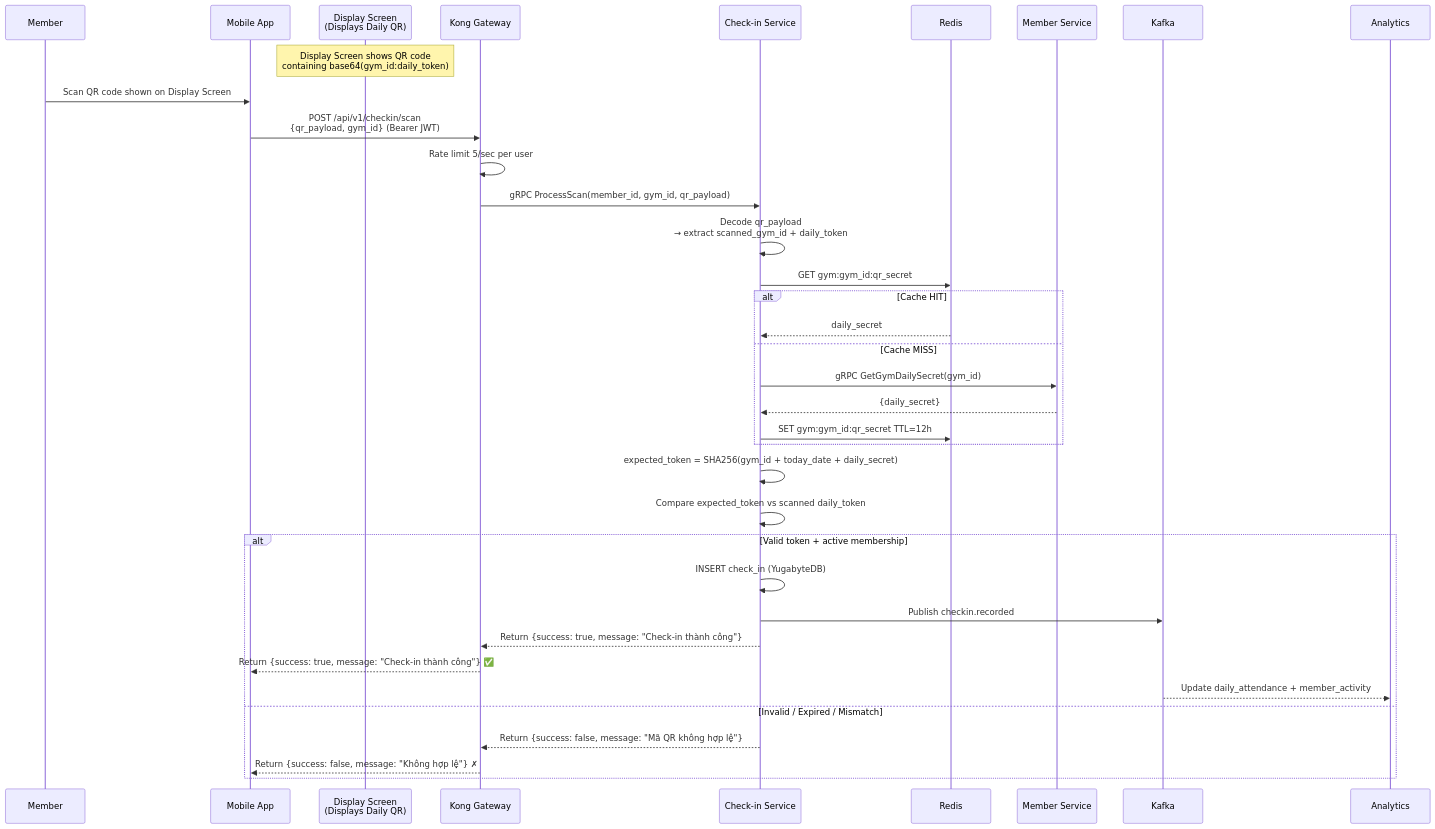
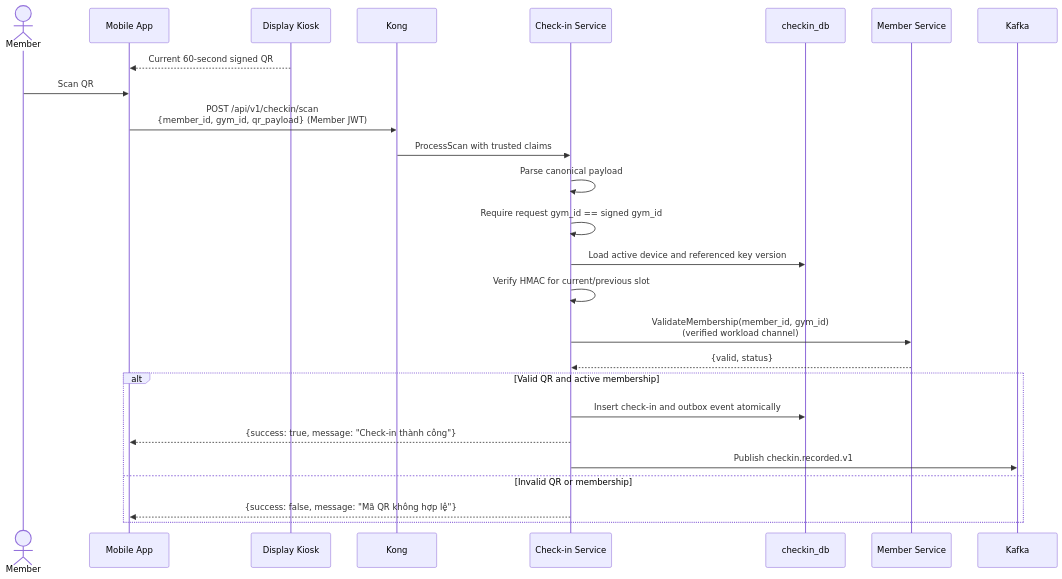
Before and after one commit to pploc/gym-architect: the third of 3 diagrams in services/06-ms-gym-checkin.md, drawn with Mermaid. The commit also changed other lines of this file and 45 other files, not shown here.

````diff
--- a/services/06-ms-gym-checkin.md
+++ b/services/06-ms-gym-checkin.md
@@ -36,44 +131,30 @@
 ```mermaid
 sequenceDiagram
-    participant M as Member
+    actor M as Member
     participant APP as Mobile App
-    participant S as Display Screen<br/>(Displays Daily QR)
-    participant K as Kong Gateway
+    participant D as Display Kiosk
+    participant K as Kong
     participant CS as Check-in Service
-    participant R as Redis
+    participant DB as checkin_db
     participant MS as Member Service
     participant KF as Kafka
-    participant AS as Analytics
 
-    Note over S: Display Screen shows QR code<br/>containing base64(gym_id:daily_token)
-    M->>APP: Scan QR code shown on Display Screen
-    
-    APP->>K: POST /api/v1/checkin/scan<br/>{qr_payload, gym_id} (Bearer JWT)
-    K->>K: Rate limit 5/sec per user
-    K->>CS: gRPC ProcessScan(member_id, gym_id, qr_payload)
+    D-->>APP: Current 60-second signed QR
+    M->>APP: Scan QR
+    APP->>K: POST /api/v1/checkin/scan<br/>{member_id, gym_id, qr_payload} (Member JWT)
+    K->>CS: ProcessScan with trusted claims
+    CS->>CS: Parse canonical payload
+    CS->>CS: Require request gym_id == signed gym_id
+    CS->>DB: Load active device and referenced key version
+    CS->>CS: Verify HMAC for current/previous slot
+    CS->>MS: ValidateMembership(member_id, gym_id)<br/>(verified workload channel)
+    MS-->>CS: {valid, status}
 
-    CS->>CS: Decode qr_payload<br/>→ extract scanned_gym_id + daily_token
-
-    CS->>R: GET gym:gym_id:qr_secret
-    alt Cache HIT
-        R-->>CS: daily_secret
-    else Cache MISS
-        CS->>MS: gRPC GetGymDailySecret(gym_id)
-        MS-->>CS: {daily_secret}
-        CS->>R: SET gym:gym_id:qr_secret TTL=12h
-    end
-
-    CS->>CS: expected_token = SHA256(gym_id + today_date + daily_secret)
-    CS->>CS: Compare expected_token vs scanned daily_token
-
-    alt Valid token + active membership
-        CS->>CS: INSERT check_in (YugabyteDB)
-        CS->>KF: Publish checkin.recorded
-        CS-->>K: Return {success: true, message: "Check-in thành công"}
-        K-->>APP: Return {success: true, message: "Check-in thành công"} ✅
-        KF-->>AS: Update daily_attendance + member_activity
-    else Invalid / Expired / Mismatch
-        CS-->>K: Return {success: false, message: "Mã QR không hợp lệ"}
-        K-->>APP: Return {success: false, message: "Không hợp lệ"} ✗
+    alt Valid QR and active membership
+        CS->>DB: Insert check-in and outbox event atomically
+        CS-->>APP: {success: true, message: "Check-in thành công"}
+        CS->>KF: Publish checkin.recorded.v1
+    else Invalid QR or membership
+        CS-->>APP: {success: false, message: "Mã QR không hợp lệ"}
     end
 ```
````
